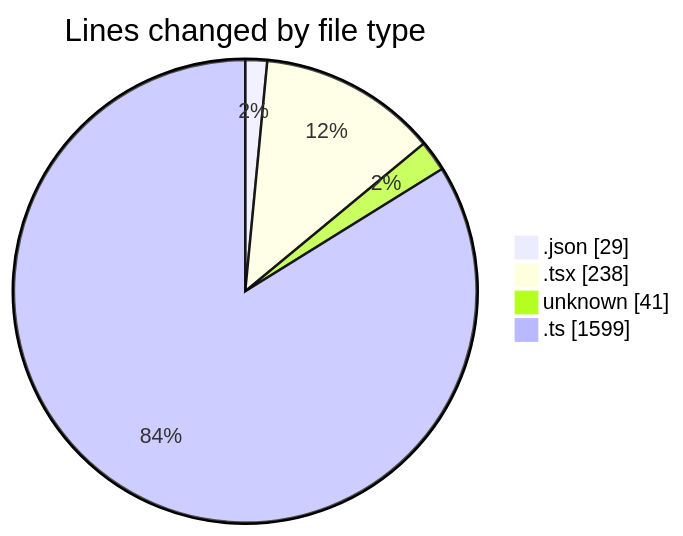
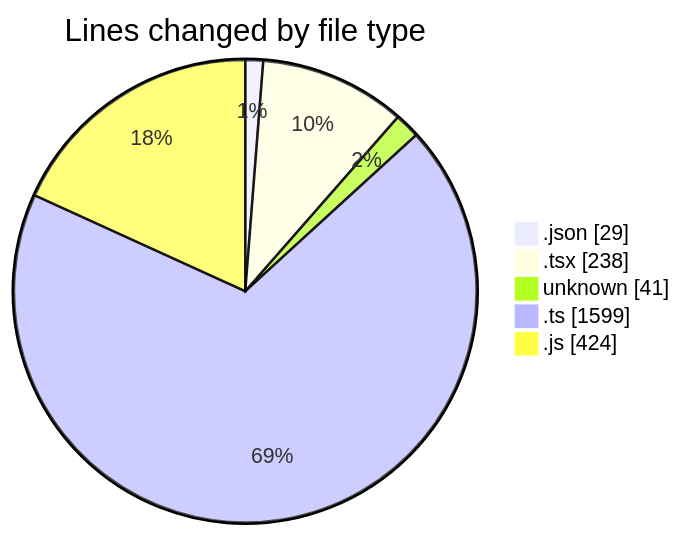
The first of 2 diagrams in 2025-06-09/cda/README.md (momahboobian/code-tracking), drawn with Mermaid before and after one commit. The commit also changed other lines of this file and 1 other file, not shown here.

````diff
--- a/2025-06-09/cda/README.md
+++ b/2025-06-09/cda/README.md
@@ -25,8 +26,9 @@
 ```mermaid
 pie showData
 title Lines changed by file type
 ".json" : 29
 ".tsx" : 238
 "unknown" : 41
 ".ts" : 1599
+".js" : 424
 ```
````
